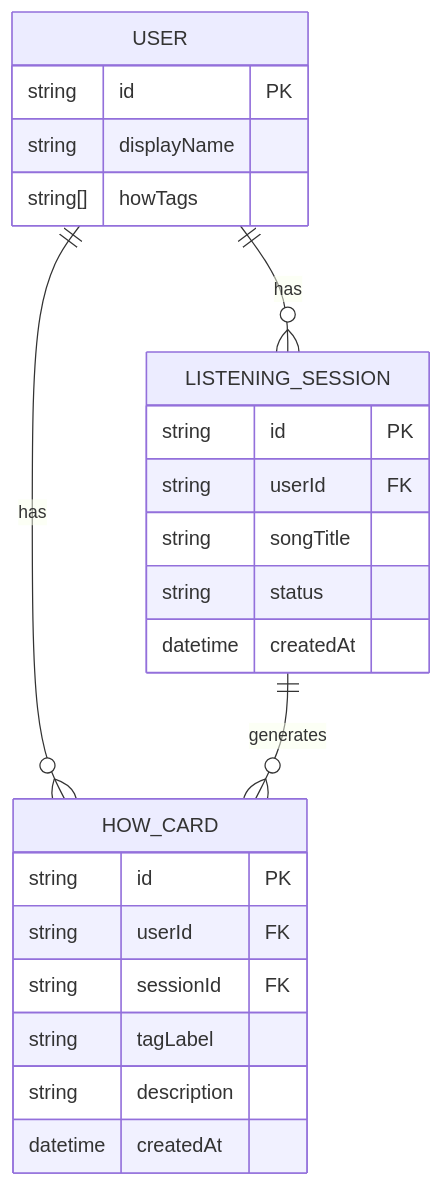
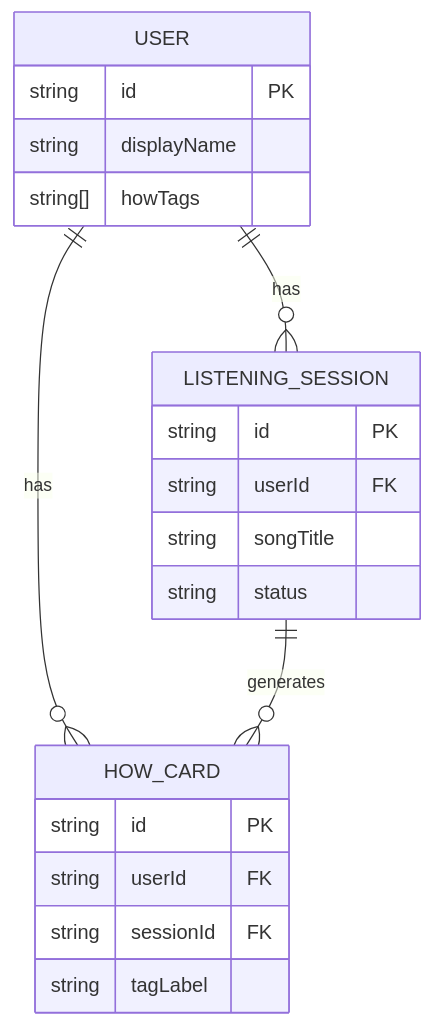
One commit to engineer-guild-hackathon-2026-05/team-10 changed the second of 5 diagrams in docs/functional-design.md. Above: the diagram before and after it, drawn with Mermaid. The commit also changed other lines of this file and 5 other files, not shown here.

````diff
--- a/docs/functional-design.md
+++ b/docs/functional-design.md
@@ -117,27 +126,24 @@
 ```mermaid
 erDiagram
     USER ||--o{ LISTENING_SESSION : has
     USER ||--o{ HOW_CARD : has
     LISTENING_SESSION ||--o{ HOW_CARD : generates
 
     USER {
         string id PK
         string displayName
         string[] howTags
     }
     LISTENING_SESSION {
         string id PK
         string userId FK
         string songTitle
         string status
-        datetime createdAt
     }
     HOW_CARD {
         string id PK
         string userId FK
         string sessionId FK
         string tagLabel
-        string description
-        datetime createdAt
     }
 ```
````
